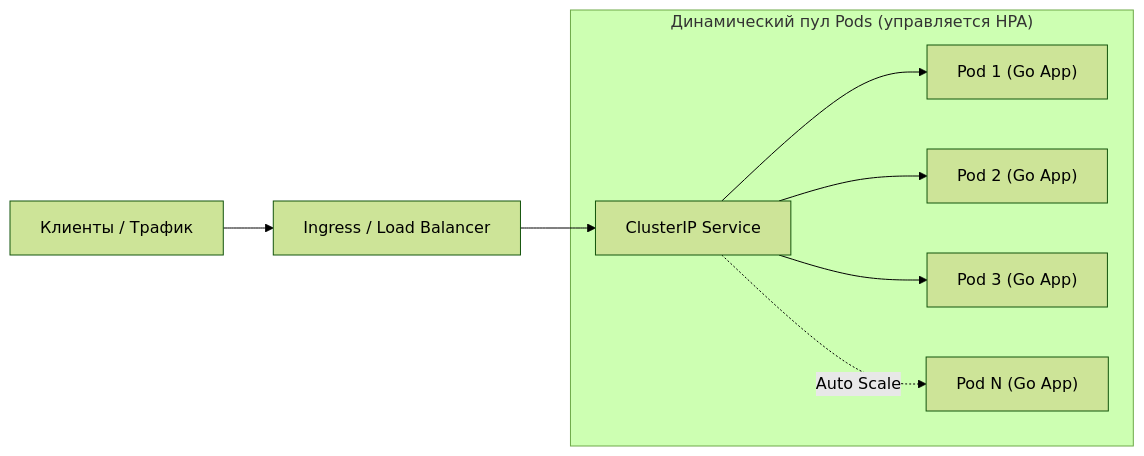
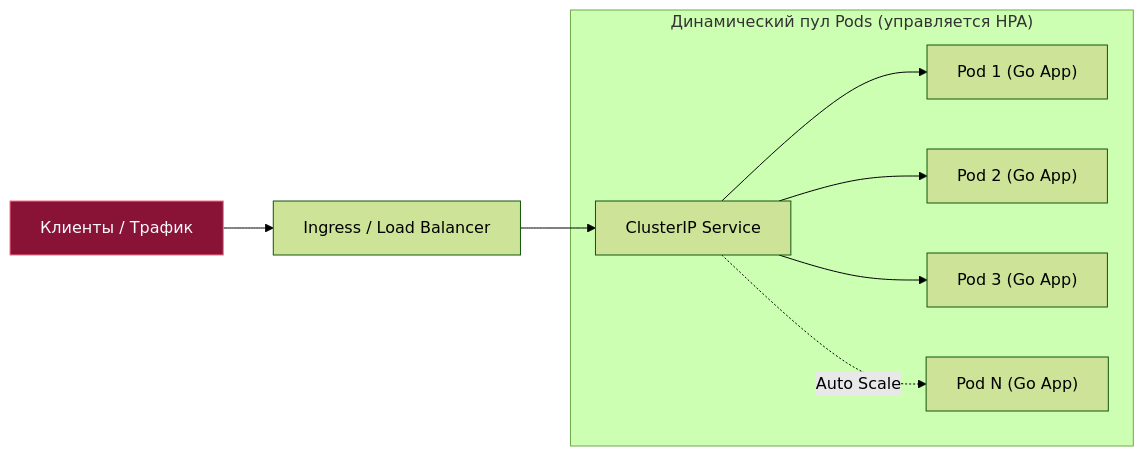
One commit to UnrealTemplier/go-textbook changed the first of 5 diagrams in sources/14. Распределенные системы на Go/07. Kubernetes и деплой/5. Horizontal scaling.md. Above: the diagram before and after it, drawn with Mermaid (forest theme). The commit also changed other lines of this file and 1666 other files, not shown here.

First line of the commit message:
feat(mermaid): add semantic color classDef to 1369 colorless flowchart/graph diagrams

````diff
--- a/sources/14. Распределенные системы на Go/07. Kubernetes и деплой/5. Horizontal scaling.md
+++ b/sources/14. Распределенные системы на Go/07. Kubernetes и деплой/5. Horizontal scaling.md
@@ -13,12 +13,22 @@
 ```mermaid
 flowchart LR
-    Client["Клиенты / Трафик"] --> Ingress["Ingress / Load Balancer"]
+    classDef process  fill:#1e293b,stroke:#38bdf8,stroke-width:1px,color:#f8fafc
+    classDef success  fill:#064e3b,stroke:#34d399,stroke-width:1px,color:#f8fafc
+    classDef error    fill:#7f1d1d,stroke:#f87171,stroke-width:1px,color:#f8fafc
+    classDef warning  fill:#78350f,stroke:#fbbf24,stroke-width:1px,color:#f8fafc
+    classDef entry    fill:#1e3a5f,stroke:#38bdf8,stroke-width:2px,color:#f8fafc
+    classDef aux      fill:#334155,stroke:#64748b,stroke-width:1px,color:#f8fafc
+    classDef system   fill:#312e81,stroke:#a78bfa,stroke-width:1px,color:#f8fafc
+    classDef data     fill:#132d29,stroke:#2dd4bf,stroke-width:1px,color:#f8fafc
+    classDef network  fill:#881337,stroke:#fb7185,stroke-width:1px,color:#f8fafc
+    classDef accent   fill:#1e1b4b,stroke:#818cf8,stroke-width:1px,color:#f8fafc
+    Client["Клиенты / Трафик"]:::network --> Ingress["Ingress / Load Balancer"]
     Ingress --> Service["ClusterIP Service"]
     
     subgraph ScaleGroup["Динамический пул Pods (управляется HPA)"]
         Service --> Pod1["Pod 1 (Go App)"]
         Service --> Pod2["Pod 2 (Go App)"]
         Service --> Pod3["Pod 3 (Go App)"]
         Service -.->|Auto Scale| PodN["Pod N (Go App)"]
     end
 ```
````
